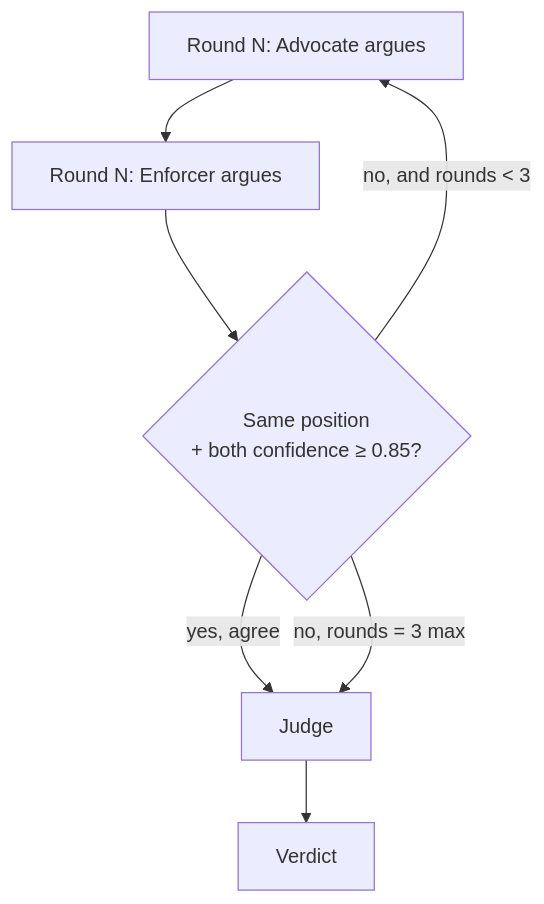
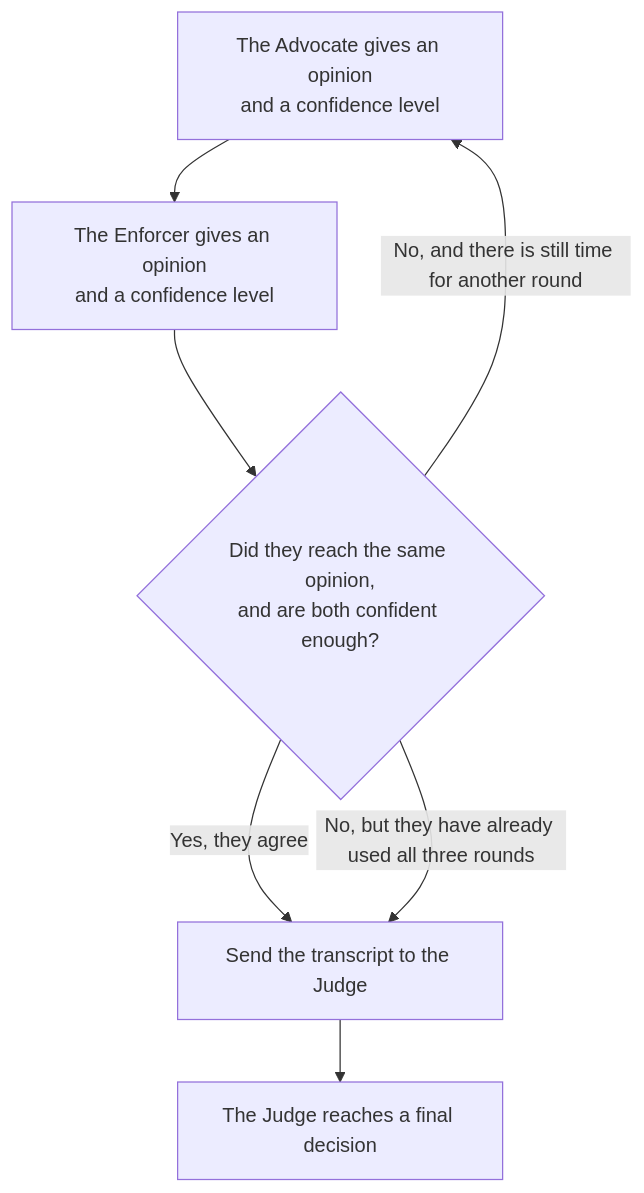
Before and after one commit to harineek24/ModAgent: the third of 3 diagrams in docs/HOW_IT_WORKS.md, drawn with Mermaid. The commit also changed other lines of this file, not shown here.

````diff
--- a/docs/HOW_IT_WORKS.md
+++ b/docs/HOW_IT_WORKS.md
@@ -65,9 +76,9 @@
 ```mermaid
 flowchart TD
-    R1[Round N: Advocate argues] --> R2[Round N: Enforcer argues]
-    R2 --> Check{Same position\n+ both confidence ≥ 0.85?}
-    Check -->|yes, agree| J[Judge]
-    Check -->|no, and rounds < 3| R1
-    Check -->|no, rounds = 3 max| J
-    J --> V[Verdict]
+    R1[The Advocate gives an opinion\nand a confidence level] --> R2[The Enforcer gives an opinion\nand a confidence level]
+    R2 --> Check{"Did they reach the same opinion,\nand are both confident enough?"}
+    Check -->|Yes, they agree| J[Send the transcript to the Judge]
+    Check -->|No, and there is still time for another round| R1
+    Check -->|No, but they have already used all three rounds| J
+    J --> V[The Judge reaches a final decision]
 ```
````
